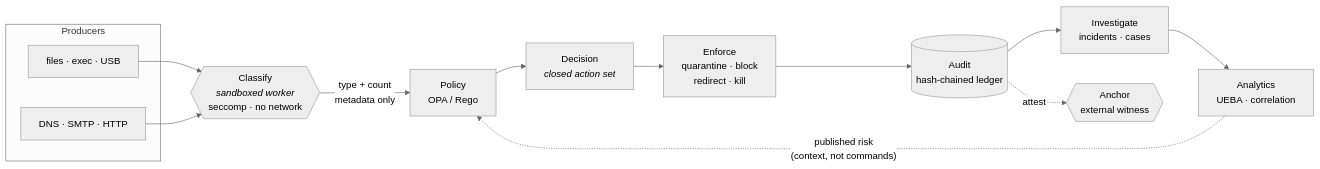
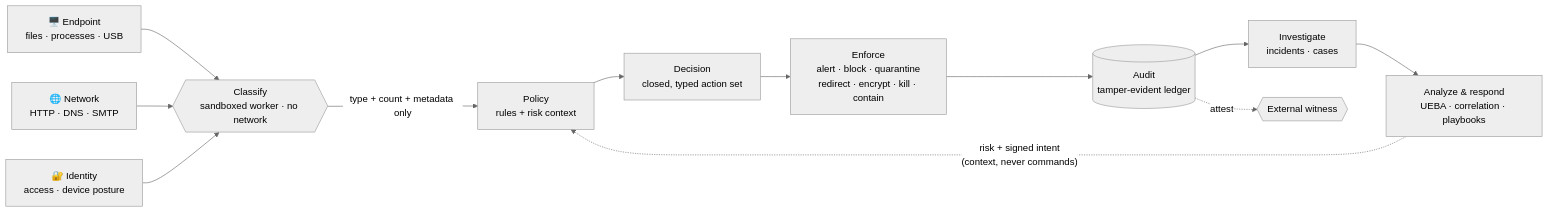
The first of 2 diagrams in README.md (lucianoengel/openshield), drawn with Mermaid (neutral theme) before and after one commit. The commit also changed other lines of this file, not shown here.

````diff
--- a/README.md
+++ b/README.md
@@ -93,16 +94,14 @@
 ```mermaid
 flowchart LR
-  subgraph EP["Producers"]
-    P1["files · exec · USB"]
-    P2["DNS · SMTP · HTTP"]
-  end
-  P1 & P2 --> C{{"Classify<br/><i>sandboxed worker</i><br/>seccomp · no network"}}
-  C -->|"type + count<br/>metadata only"| POL["Policy<br/>OPA / Rego"]
-  POL --> DEC["Decision<br/><i>closed action set</i>"]
-  DEC --> ENF["Enforce<br/>quarantine · block<br/>redirect · kill"]
-  ENF --> LED[("Audit<br/>hash-chained ledger")]
-  LED --> INV["Investigate<br/>incidents · cases"]
-  INV --> ANL["Analytics<br/>UEBA · correlation"]
-  ANL -.->|"published risk<br/>(context, not commands)"| POL
-  LED -.->|attest| WIT{{"Anchor<br/>external witness"}}
+  EP["🖥️ Endpoint<br/>files · processes · USB"] --> C
+  NW["🌐 Network<br/>HTTP · DNS · SMTP"] --> C
+  ID["🔐 Identity<br/>access · device posture"] --> C
+  C{{"Classify<br/>sandboxed worker · no network"}} -->|"type + count + metadata only"| POL["Policy<br/>rules + risk context"]
+  POL --> DEC["Decision<br/>closed, typed action set"]
+  DEC --> ENF["Enforce<br/>alert · block · quarantine<br/>redirect · encrypt · kill · contain"]
+  ENF --> LED[("Audit<br/>tamper-evident ledger")]
+  LED --> INC["Investigate<br/>incidents · cases"]
+  INC --> RSP["Analyze &amp; respond<br/>UEBA · correlation · playbooks"]
+  RSP -.->|"risk + signed intent<br/>(context, never commands)"| POL
+  LED -.->|attest| WIT{{"External witness"}}
 ```
````
